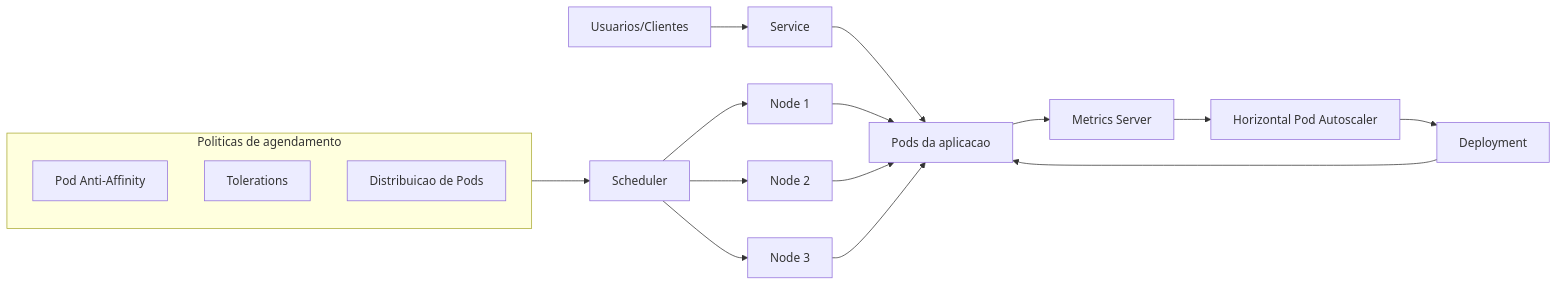
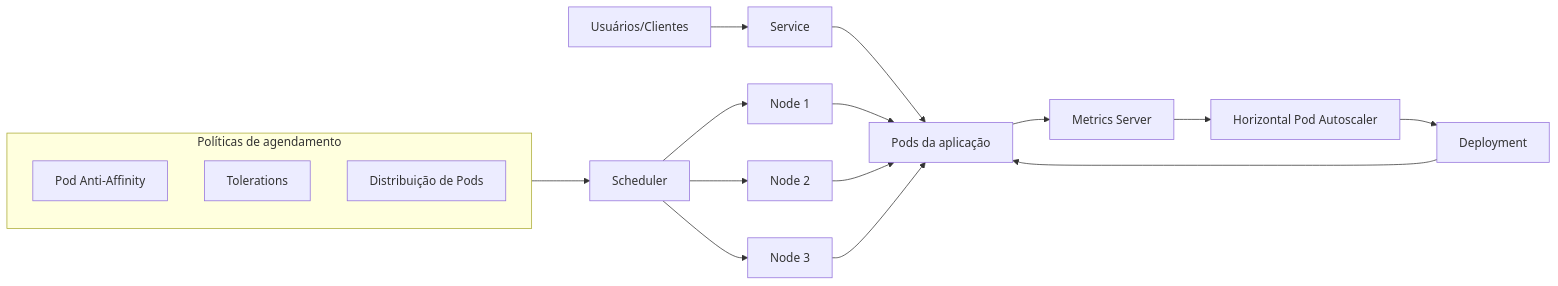
Before and after one commit to brodyandre/kubernetes-resilience-ha-lab: the fourth of 4 diagrams in README.md, drawn with Mermaid. The commit also changed other lines of this file, not shown here.

````diff
--- a/README.md
+++ b/README.md
@@ -151,23 +151,23 @@
 ```mermaid
 flowchart LR
-  U[Usuarios/Clientes] --> SVC[Service]
-  SVC --> PODS[Pods da aplicacao]
+  U[Usuários/Clientes] --> SVC[Service]
+  SVC --> PODS[Pods da aplicação]
   PODS --> MS[Metrics Server]
   MS --> HPA[Horizontal Pod Autoscaler]
   HPA --> DEP[Deployment]
   DEP --> PODS
 
-  subgraph POLICIES[Politicas de agendamento]
+  subgraph POLICIES[Políticas de agendamento]
     AA[Pod Anti-Affinity]
     TOL[Tolerations]
-    SPD[Distribuicao de Pods]
+    SPD[Distribuição de Pods]
   end
 
   POLICIES --> SCH[Scheduler]
   SCH --> N1[Node 1]
   SCH --> N2[Node 2]
   SCH --> N3[Node 3]
   N1 --> PODS
   N2 --> PODS
   N3 --> PODS
 ```
````
